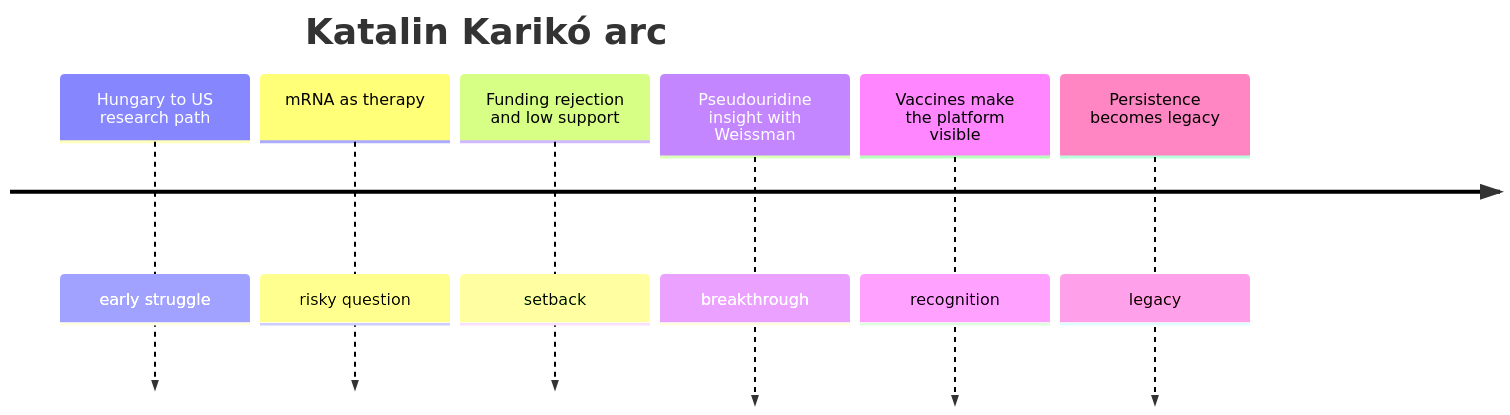
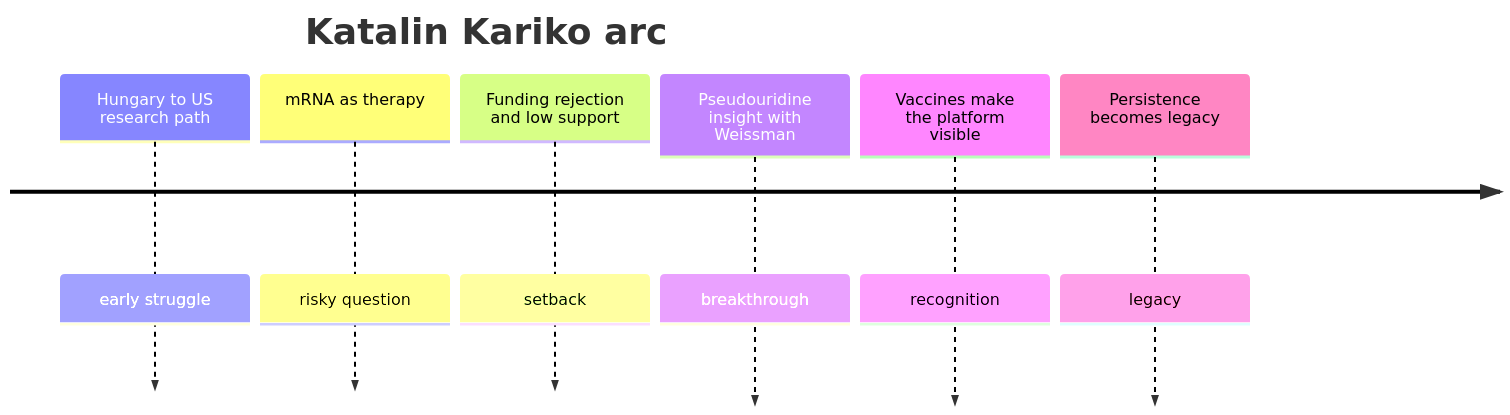
One commit to vosslab/science-choose-adventure changed the fifth of 5 diagrams in data/deep-research-report.md. Above: the diagram before and after it, drawn with Mermaid. The commit also changed other lines of this file and 22 other files, not shown here.

````diff
--- a/data/deep-research-report.md
+++ b/data/deep-research-report.md
@@ -271,10 +271,10 @@
 ```mermaid
 timeline
-  title Katalin Karikó arc
+  title Katalin Kariko arc
   Hungary to US research path : early struggle
   mRNA as therapy : risky question
   Funding rejection and low support : setback
   Pseudouridine insight with Weissman : breakthrough
   Vaccines make the platform visible : recognition
   Persistence becomes legacy : legacy
 ```
````
